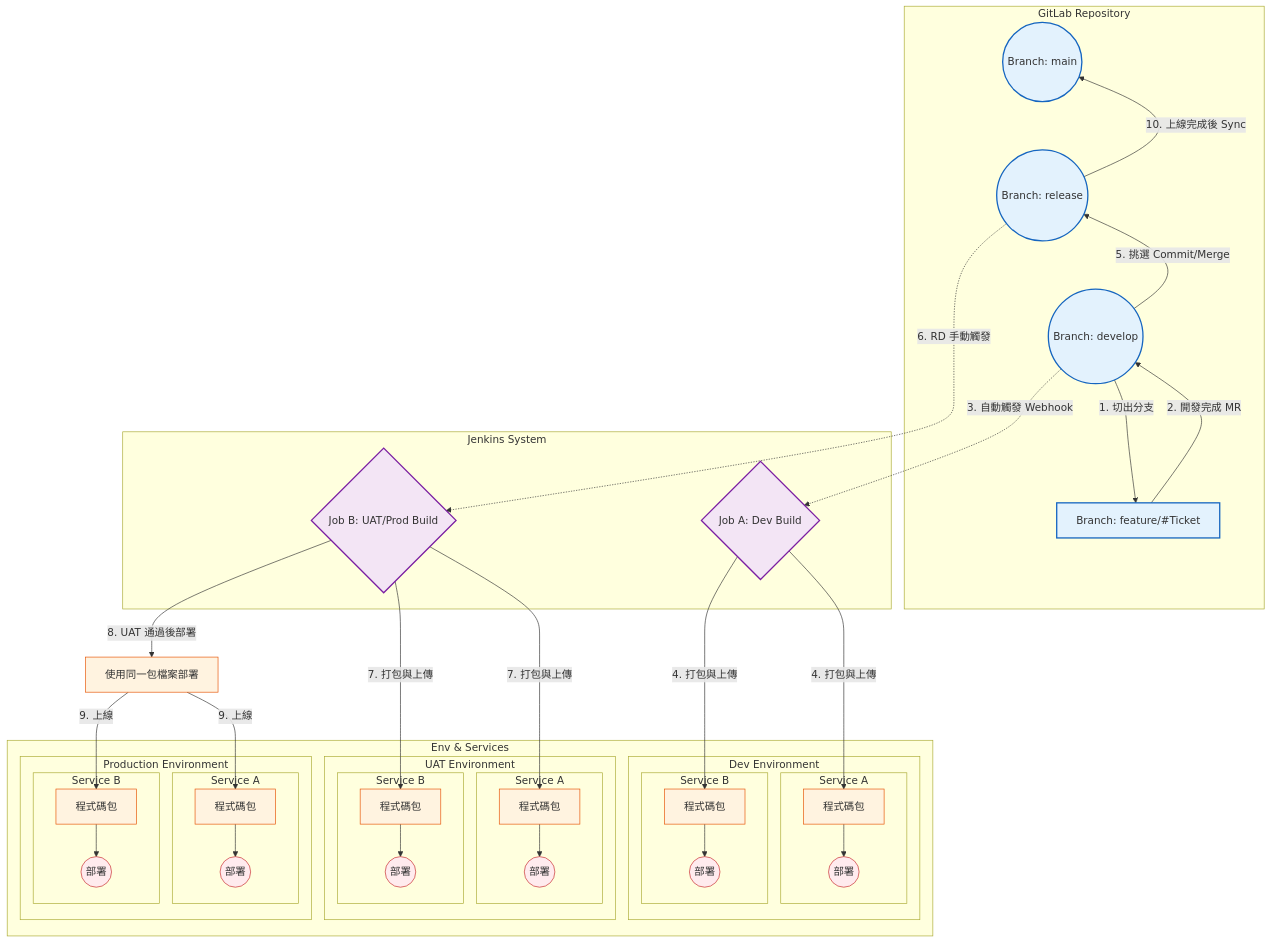
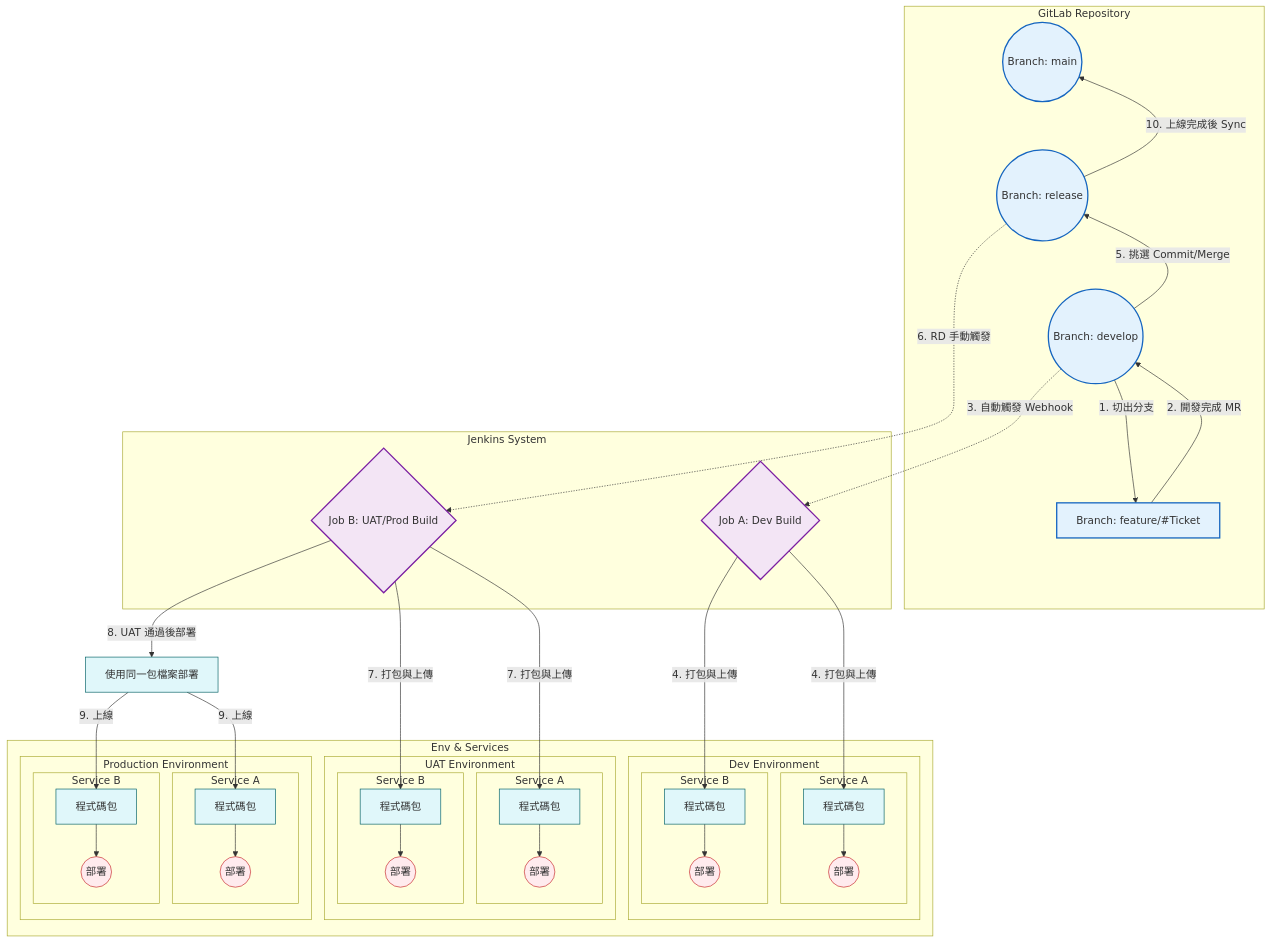
One commit to almightyken0425/KnowledgeVault changed the second of 2 diagrams in SIT/ReleaseWorkFlow.md. Above: the diagram before and after it, drawn with Mermaid.

````diff
--- a/SIT/ReleaseWorkFlow.md
+++ b/SIT/ReleaseWorkFlow.md
@@ -47,82 +47,82 @@
 ```mermaid
 graph TD
     %% 定義樣式
     classDef branch fill:#E3F2FD,stroke:#1565C0,stroke-width:2px;
-    classDef action fill:#FFF3E0,stroke:#E65100,stroke-width:1px;
+    classDef action fill:#E0F7FA,stroke:#006064,stroke-width:1px;
     classDef server fill:#E8F5E9,stroke:#2E7D32,stroke-width:1px;
     classDef jenkins fill:#F3E5F5,stroke:#7B1FA2,stroke-width:2px;
     classDef deployAction fill:#FFEBEE,stroke:#C62828,stroke-width:1px;
 
     %% 節點定義
     subgraph Git_Repo [GitLab Repository]
         Main((Branch: main)):::branch
         Release((Branch: release)):::branch
         Develop((Branch: develop)):::branch
         Feature[Branch: feature/#Ticket]:::branch
 
         %% 強制排版順序: Main 在最左邊
         Main ~~~ Release ~~~ Develop ~~~ Feature
     end
 
     subgraph CI_CD [Jenkins System]
         JobA{Job A: Dev Build}:::jenkins
         JobB{Job B: UAT/Prod Build}:::jenkins
     end
 
     subgraph Environments [Env & Services]
         subgraph DevEnv [Dev Environment]
             subgraph DevServiceA [Service A]
                 DevPkgA[程式碼包]:::action
                 DevDeployA((部署)):::deployAction
                 DevPkgA --> DevDeployA
             end
             subgraph DevServiceB [Service B]
                 DevPkgB[程式碼包]:::action
                 DevDeployB((部署)):::deployAction
                 DevPkgB --> DevDeployB
             end
         end
         subgraph UATEnv [UAT Environment]
             subgraph UATServiceA [Service A]
                 UATPkgA[程式碼包]:::action
                 UATDeployA((部署)):::deployAction
                 UATPkgA --> UATDeployA
             end
             subgraph UATServiceB [Service B]
                 UATPkgB[程式碼包]:::action
                 UATDeployB((部署)):::deployAction
                 UATPkgB --> UATDeployB
             end
         end
         subgraph ProdEnv [Production Environment]
             subgraph ProdServiceA [Service A]
                 ProdPkgA[程式碼包]:::action
                 ProdDeployA((部署)):::deployAction
                 ProdPkgA --> ProdDeployA
             end
             subgraph ProdServiceB [Service B]
                 ProdPkgB[程式碼包]:::action
                 ProdDeployB((部署)):::deployAction
                 ProdPkgB --> ProdDeployB
             end
         end
     end
 
     %% 流程線
     Develop -->|1. 切出分支| Feature
     Feature -->|2. 開發完成 MR| Develop
 
     Develop -.->|3. 自動觸發 Webhook| JobA
     JobA -->|4. 打包與上傳| DevPkgA & DevPkgB
 
     Develop -->|5. 挑選 Commit/Merge| Release
     Release -.->|6. RD 手動觸發| JobB
 
     JobB -->|7. 打包與上傳| UATPkgA & UATPkgB
     
     JobB -->|8. UAT 通過後部署| ProdDeploy[使用同一包檔案部署]:::action
     
     ProdDeploy -->|9. 上線| ProdPkgA & ProdPkgB
 
     Release -->|10. 上線完成後 Sync| Main
 ```
````
